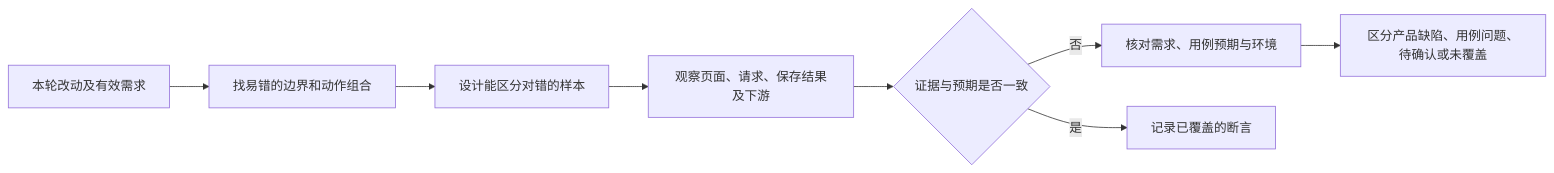
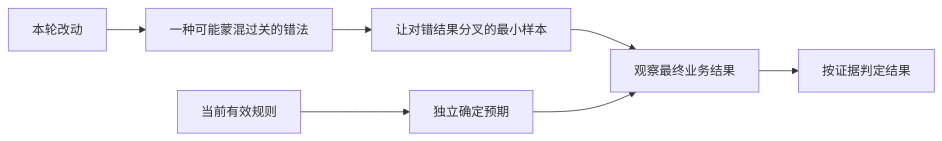
One commit to KelvinFanXian/aicoding changed the diagram in skills/review-cross-layer-bugs/SKILL.md. Above: the diagram before and after it, drawn with Mermaid. The commit also changed other lines of this file and 3 other files, not shown here.

````diff
--- a/skills/review-cross-layer-bugs/SKILL.md
+++ b/skills/review-cross-layer-bugs/SKILL.md
@@ -10,10 +12,9 @@
 ```mermaid
 flowchart LR
-    A[本轮改动及有效需求] --> B[找易错的边界和动作组合]
-    B --> C[设计能区分对错的样本]
-    C --> D[观察页面、请求、保存结果及下游]
-    D --> E{证据与预期是否一致}
-    E -->|否| F[核对需求、用例预期与环境]
-    E -->|是| G[记录已覆盖的断言]
-    F --> H[区分产品缺陷、用例问题、待确认或未覆盖]
+    A[本轮改动] --> B[一种可能蒙混过关的错法]
+    B --> C[让对错结果分叉的最小样本]
+    R[当前有效规则] --> D[独立确定预期]
+    C --> E[观察最终业务结果]
+    D --> E
+    E --> F[按证据判定结果]
 ```
````
